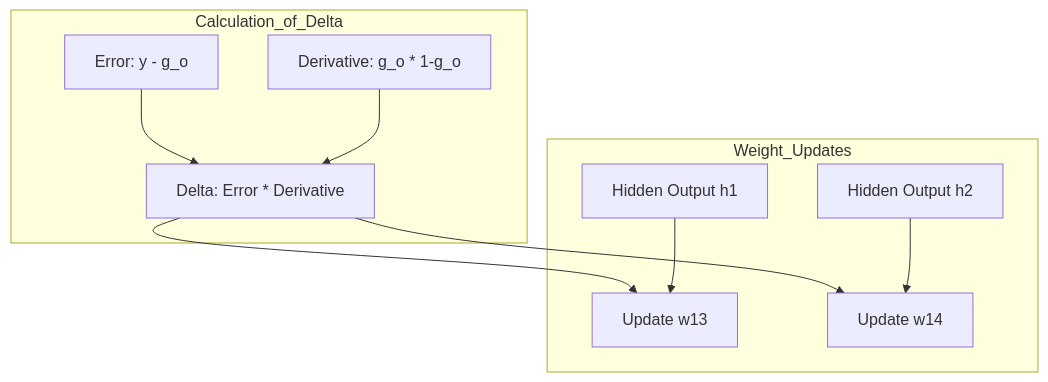
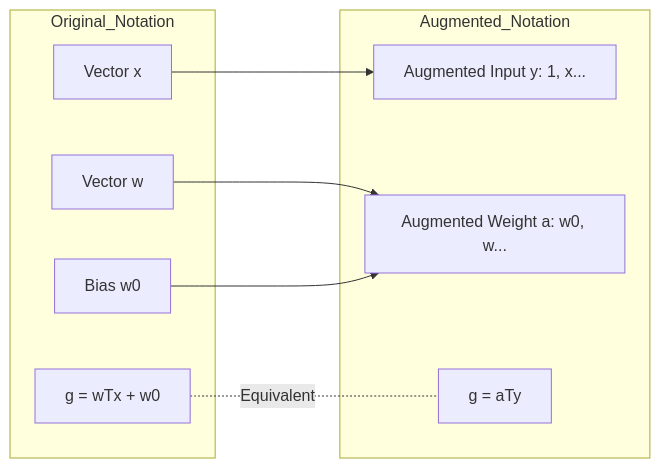
One commit to mbeps/personal-portfolio changed diagram 12 of 37 in public/blogs/back-propagation/blog.md. Above: the diagram before and after it, drawn with Mermaid. The commit also changed other lines of this file, not shown here.

````diff
--- a/public/blogs/back-propagation/blog.md
+++ b/public/blogs/back-propagation/blog.md
@@ -286,22 +553,20 @@
 ```mermaid
-graph TD
-    subgraph Calculation_of_Delta
-    E[Error: y - g_o]
-    D[Derivative: g_o * 1-g_o]
-    Delta[Delta: Error * Derivative]
-    E --> Delta
-    D --> Delta
+graph LR
+    subgraph Original_Notation
+    x[Vector x] 
+    w[Vector w]
+    bias[Bias w0]
+    calc1[g = wTx + w0]
     end
     
-    subgraph Weight_Updates
-    H1[Hidden Output h1]
-    H2[Hidden Output h2]
-    W13[Update w13]
-    W14[Update w14]
-    
-    Delta --> W13
-    H1 --> W13
-    Delta --> W14
-    H2 --> W14
+    subgraph Augmented_Notation
+    y[Augmented Input y: 1, x...]
+    a[Augmented Weight a: w0, w...]
+    calc2[g = aTy]
     end
+
+    x --> y
+    w --> a
+    bias --> a
+    calc1 -. Equivalent .- calc2
 ```
````
